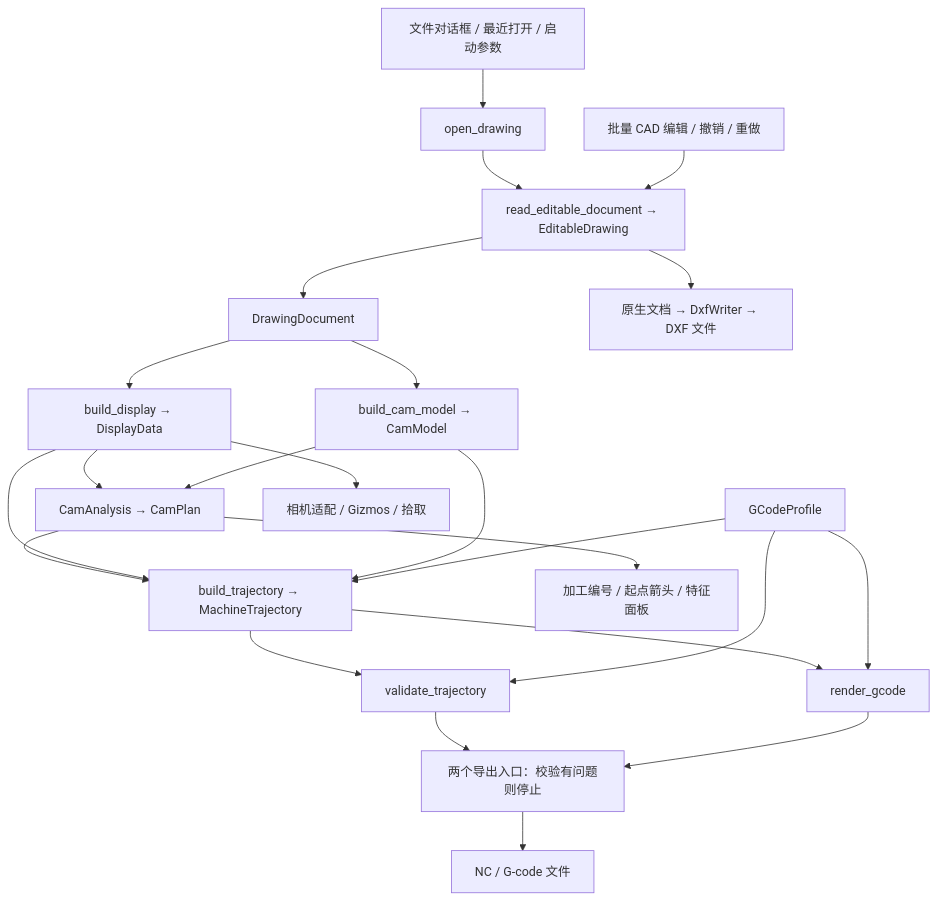
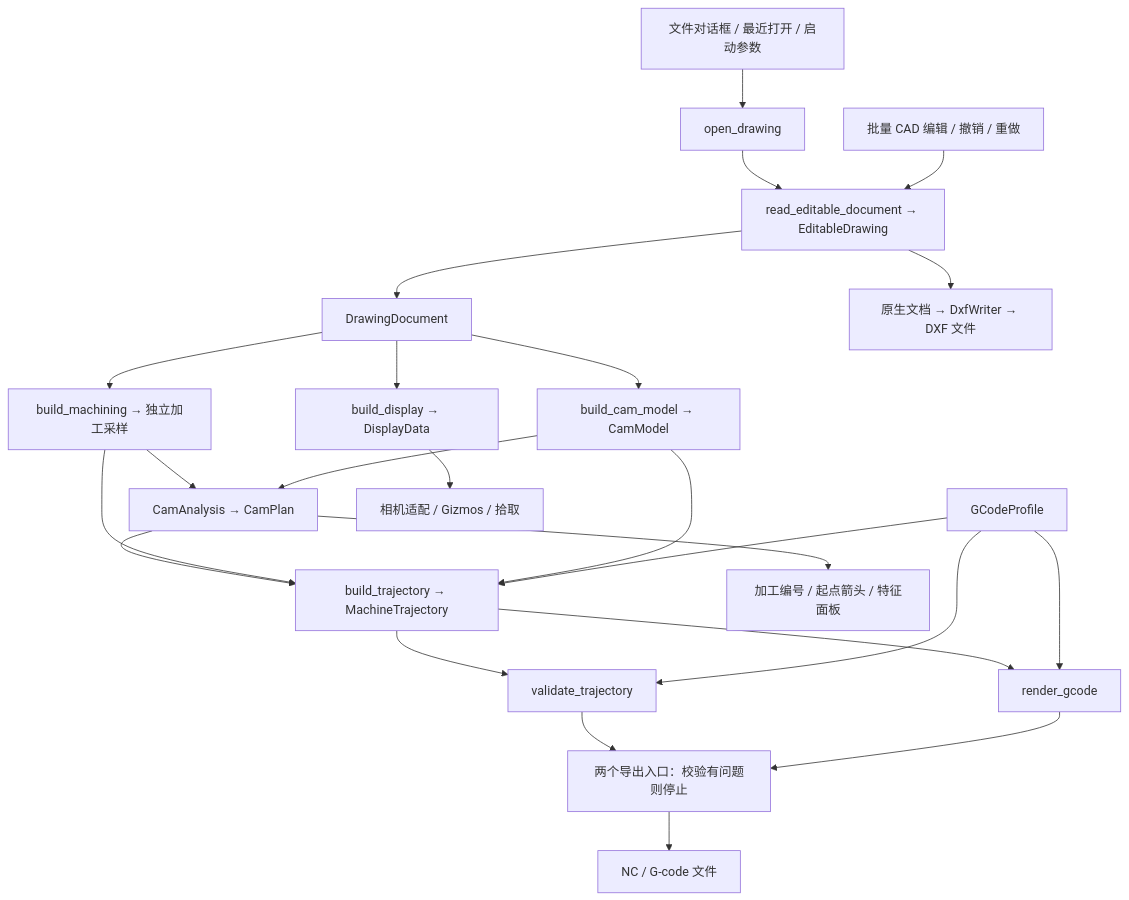
The diagram in docs/架构.md (ZeroCopy-Labs/CADCAM-Rust), drawn with Mermaid before and after one commit. The commit also changed other lines of this file and 18 other files, not shown here.

````diff
--- a/docs/架构.md
+++ b/docs/架构.md
@@ -44,25 +53,26 @@
 ```mermaid
 flowchart TD
     A[文件对话框 / 最近打开 / 启动参数] --> B[open_drawing]
     B --> R[read_editable_document → EditableDrawing]
     R --> C[DrawingDocument]
     Q[批量 CAD 编辑 / 撤销 / 重做] --> R
     R --> X[原生文档 → DxfWriter → DXF 文件]
     C --> D[build_display → DisplayData]
     C --> E[build_cam_model → CamModel]
-    D --> F[CamAnalysis → CamPlan]
+    C --> S[build_machining → 独立加工采样]
+    S --> F[CamAnalysis → CamPlan]
     E --> F
     F --> G[build_trajectory → MachineTrajectory]
-    D --> G
+    S --> G
     E --> G
     P[GCodeProfile] --> G
     G --> H[validate_trajectory]
     G --> I[render_gcode]
     P --> H
     P --> I
     H --> K[两个导出入口：校验有问题则停止]
     I --> K
     K --> L[NC / G-code 文件]
     D --> M[相机适配 / Gizmos / 拾取]
     F --> N[加工编号 / 起点箭头 / 特征面板]
 ```
````
